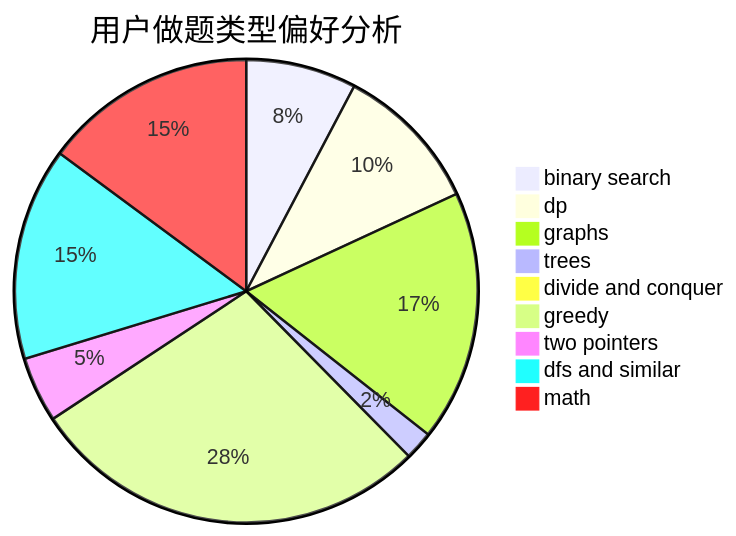
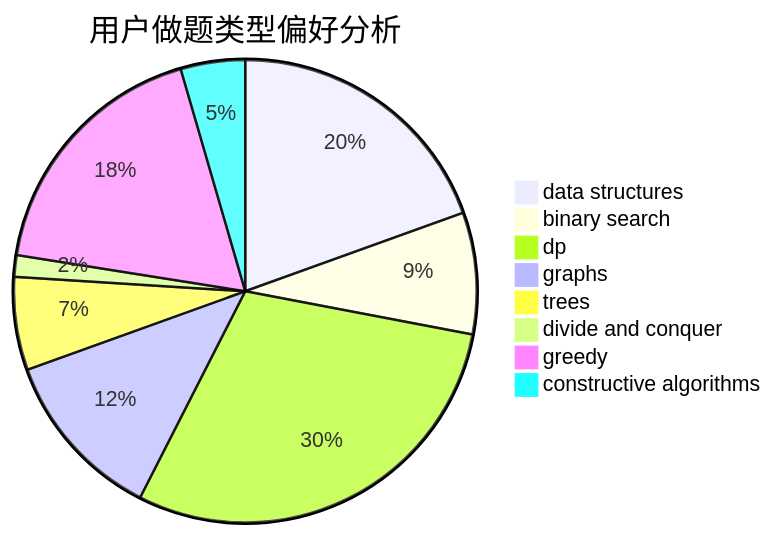
One commit to sherpahu/cfrs.github.io changed the second of 3 diagrams in docs/user/u713.md. Above: the diagram before and after it, drawn with Mermaid. The commit also changed other lines of this file and 2775 other files, not shown here.

````diff
--- a/docs/user/u713.md
+++ b/docs/user/u713.md
@@ -23,12 +23,11 @@
 ```mermaid
 pie title 用户做题类型偏好分析
-    "binary search" :  81
-    "dp" :  109
-    "graphs" :  184
-    "trees" :  21
-    "divide and conquer" :  8
-    "greedy" :  295
-    "two pointers" :  48
-    "dfs and similar" :  156
-    "math" :  156
+    "data structures" :  39
+    "binary search" :  17
+    "dp" :  59
+    "graphs" :  24
+    "trees" :  13
+    "divide and conquer" :  3
+    "greedy" :  36
+    "constructive algorithms" :  9
 ```
````
